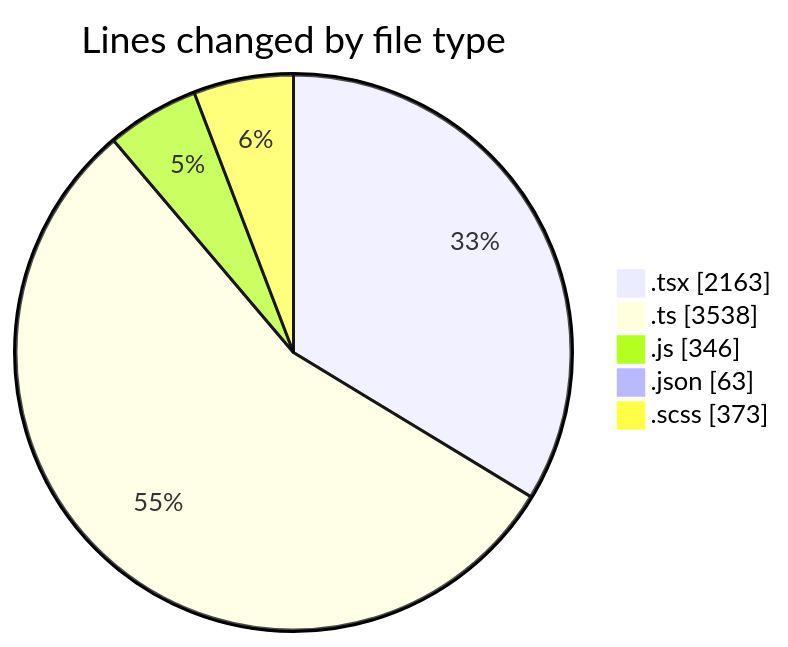
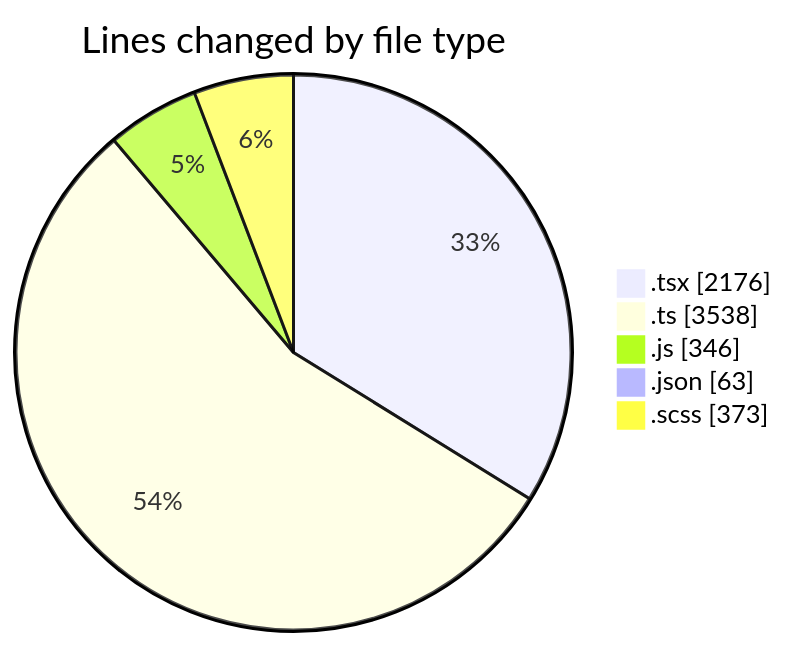
Before and after one commit to momahboobian/code-tracking: the first of 2 diagrams in 2025-12-01/cda/README.md, drawn with Mermaid. The commit also changed other lines of this file and 1 other file, not shown here.

````diff
--- a/2025-12-01/cda/README.md
+++ b/2025-12-01/cda/README.md
@@ -33,9 +33,9 @@
 ```mermaid
 pie showData
 title Lines changed by file type
-".tsx" : 2163
+".tsx" : 2176
 ".ts" : 3538
 ".js" : 346
 ".json" : 63
 ".scss" : 373
 ```
````
